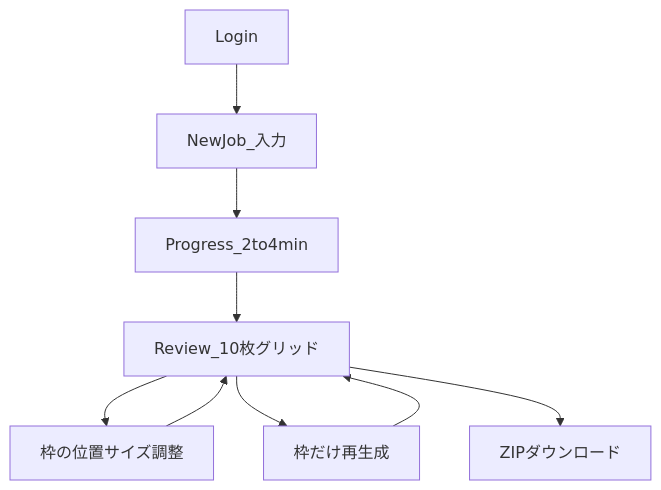
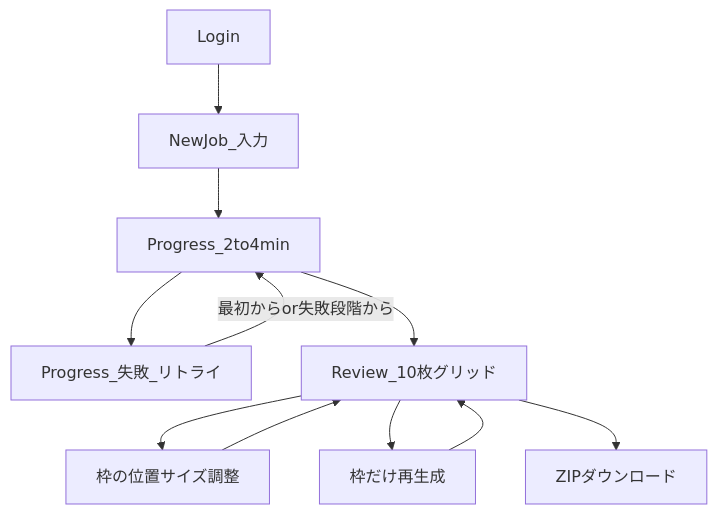
Before and after one commit to yuririnrinrin-png/ads-graduation-project: the second of 3 diagrams in docs/DESIGN.md, drawn with Mermaid. The commit also changed other lines of this file and 41 other files, not shown here.

````diff
--- a/docs/DESIGN.md
+++ b/docs/DESIGN.md
@@ -40,19 +49,22 @@
 ```mermaid
 flowchart TD
   login[Login]
   newJob[NewJob_入力]
   progress[Progress_2to4min]
+  fail[Progress_失敗_リトライ]
   review[Review_10枚グリッド]
   adjust[枠の位置サイズ調整]
   regen[枠だけ再生成]
   zip[ZIPダウンロード]
 
   login --> newJob
   newJob --> progress
   progress --> review
+  progress --> fail
+  fail -->|最初からor失敗段階から| progress
   review --> adjust
   review --> regen
   adjust --> review
   regen --> review
   review --> zip
 ```
````
